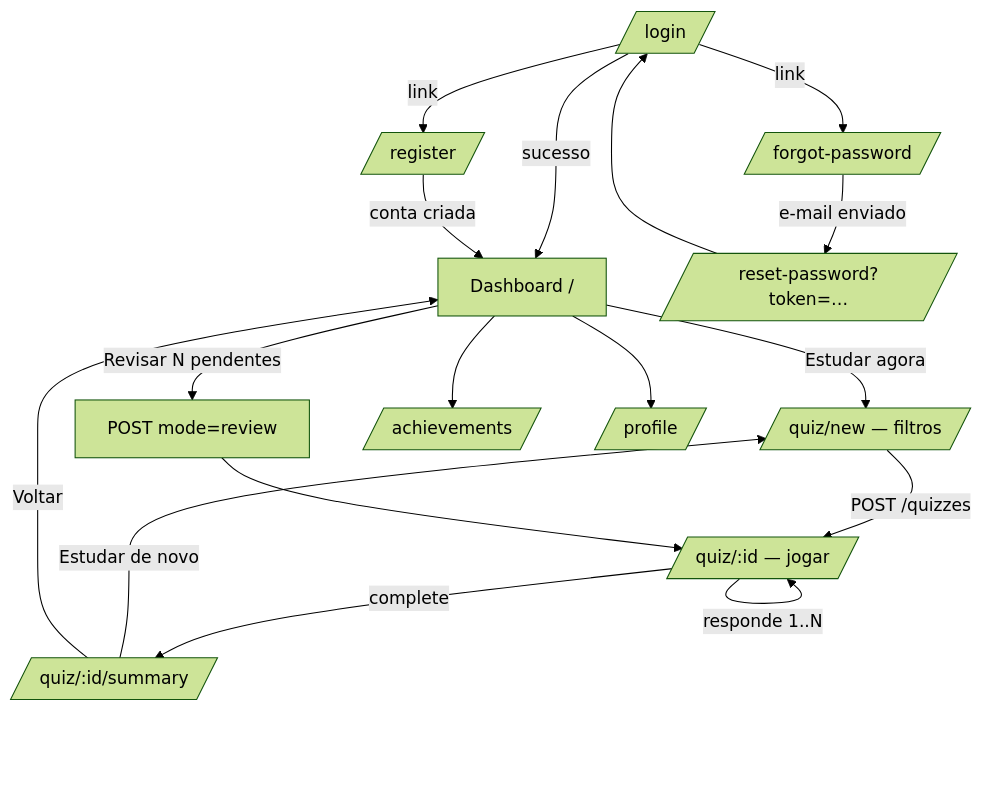
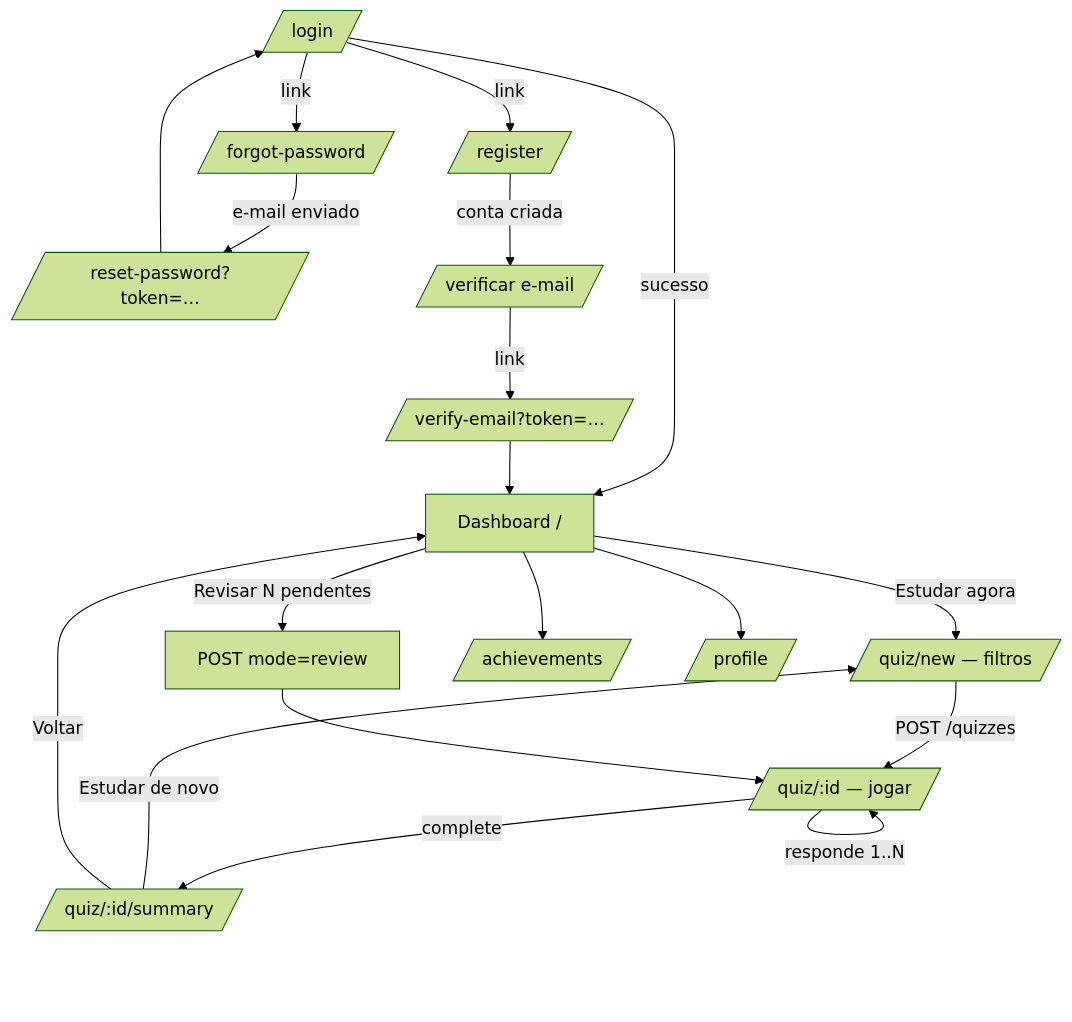
One commit to silvasamuel/mavva changed the diagram in docs/frontend.md. Above: the diagram before and after it, drawn with Mermaid (forest theme). The commit also changed other lines of this file and 28 other files, not shown here.

````diff
--- a/docs/frontend.md
+++ b/docs/frontend.md
@@ -5,19 +5,21 @@
 ```mermaid
 flowchart TD
     A[/login/] -->|sucesso| D[Dashboard /]
     A -->|link| B[/register/]
     A -->|link| C[/forgot-password/]
     C -->|e-mail enviado| C2[/reset-password?token=…/]
     C2 --> A
-    B -->|conta criada| D
+    B -->|conta criada| B2[/verificar e-mail/]
+    B2 -->|link| VE[/verify-email?token=…/]
+    VE --> D
     D -->|Estudar agora| Q1[/quiz/new — filtros/]
     D -->|Revisar N pendentes| Q2[POST mode=review]
     Q1 -->|POST /quizzes| QP[/quiz/:id — jogar/]
     Q2 --> QP
     QP -->|responde 1..N| QP
     QP -->|complete| QS[/quiz/:id/summary/]
     QS -->|Estudar de novo| Q1
     QS -->|Voltar| D
     D --> AC[/achievements/]
     D --> PR[/profile/]
 ```
````
